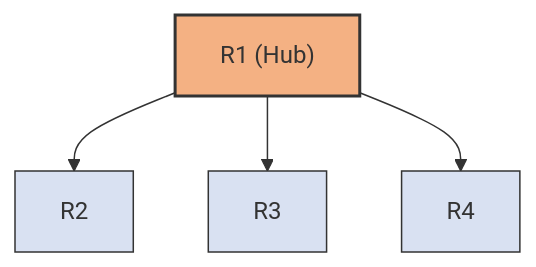
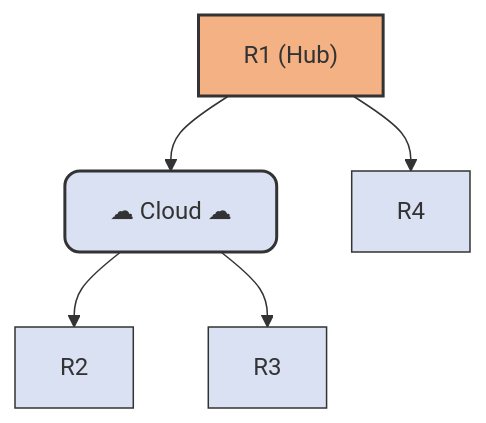
One commit to Rajeev-Tamang/OSPF changed the fifth of 5 diagrams in Open Shortest Path First (OSPF).md. Above: the diagram before and after it, drawn with Mermaid. The commit also changed other lines of this file, not shown here.

Commit message:
Update Open Shortest Path First (OSPF).md

````diff
--- a/Open Shortest Path First (OSPF).md
+++ b/Open Shortest Path First (OSPF).md
@@ -269,11 +269,13 @@
 ```mermaid
 graph TD;
-    R1["R1 (Hub)"] --> R2["R2"]
-    R1 --> R3["R3"]
+    R1["R1 (Hub)"] --> Cloud["☁ Cloud ☁"]
+    Cloud --> R2["R2"]
+    Cloud --> R3["R3"]
     R1 --> R4["R4"]
     
     style R1 fill:#f4b183,stroke:#333,stroke-width:2px
+    style Cloud fill:#d9e1f2,stroke:#333,stroke-width:2px,rx:10,ry:10
     style R2 fill:#d9e1f2,stroke:#333,stroke-width:1px
     style R3 fill:#d9e1f2,stroke:#333,stroke-width:1px
     style R4 fill:#d9e1f2,stroke:#333,stroke-width:1px
 ```
````
